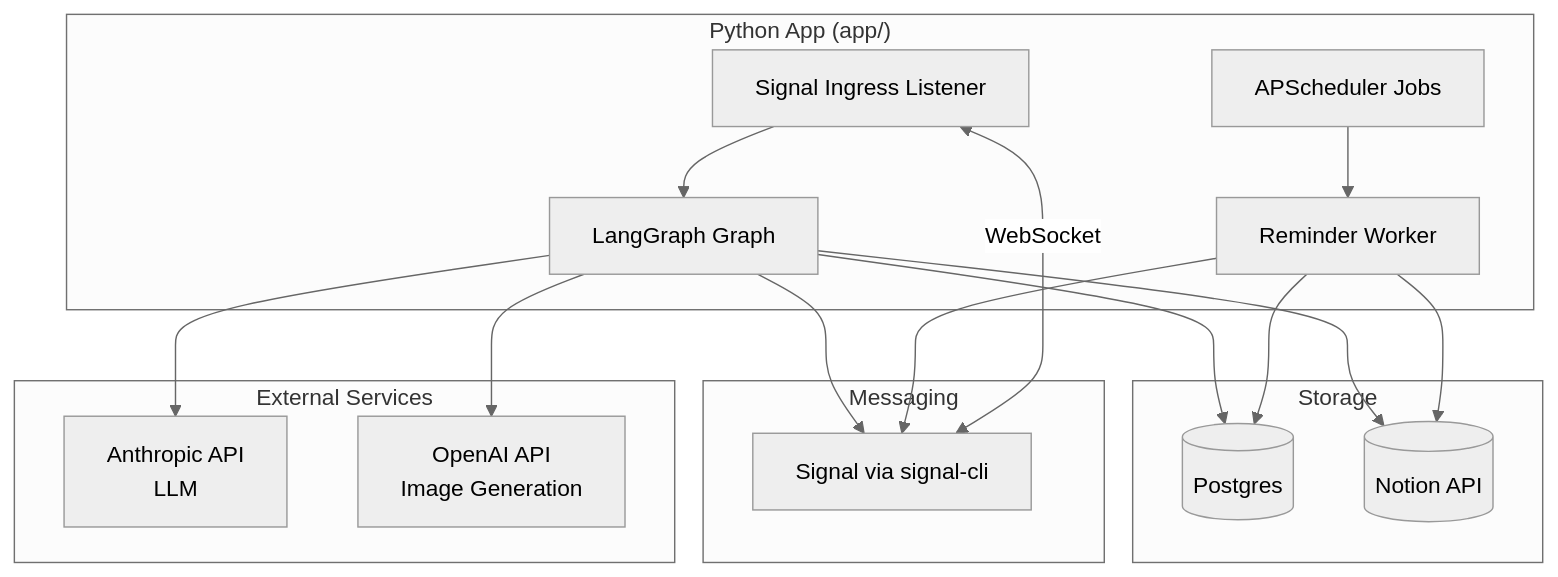
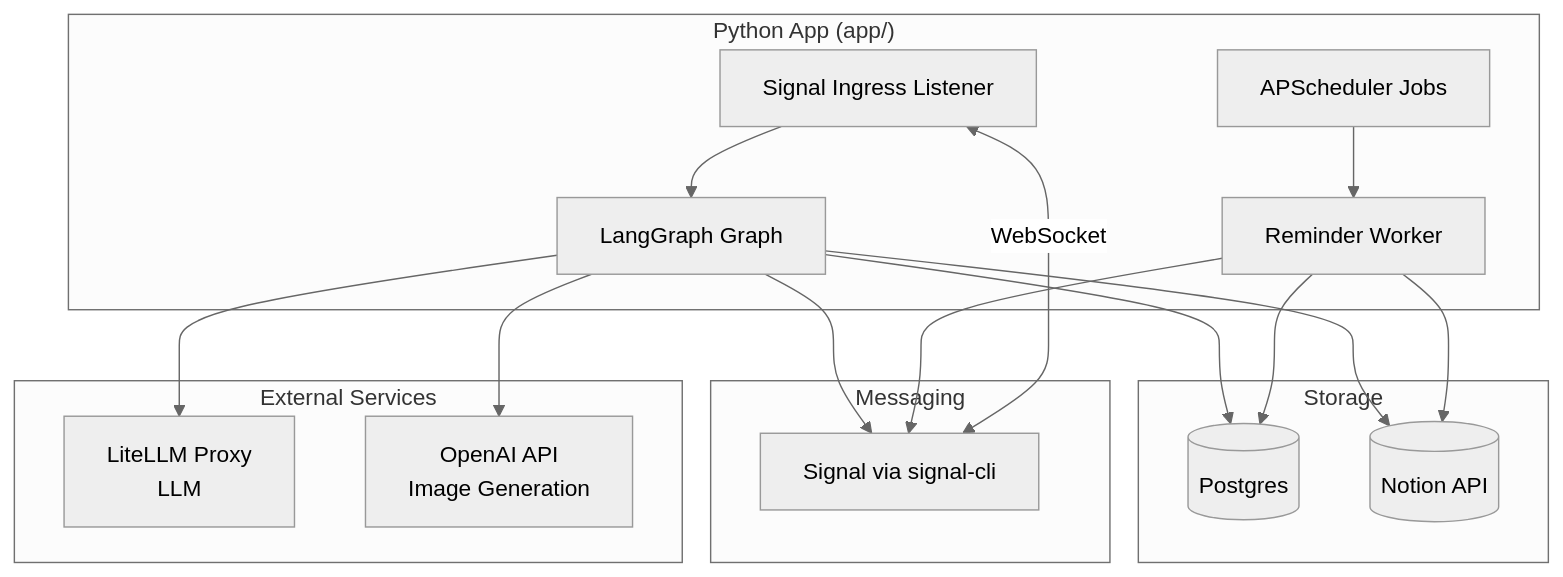
The diagram in docs/architecture.md (NickBorgersProbably/hide-my-list), drawn with Mermaid (neutral theme) before and after one commit. The commit also changed other lines of this file and 5 other files, not shown here.

````diff
--- a/docs/architecture.md
+++ b/docs/architecture.md
@@ -31,37 +31,37 @@
 ```mermaid
 flowchart TB
     subgraph App["Python App (app/)"]
         Ingress[Signal Ingress Listener]
         Graph[LangGraph Graph]
         Scheduler[APScheduler Jobs]
         Worker[Reminder Worker]
     end
 
     subgraph Storage["Storage"]
         Postgres[(Postgres)]
         Notion[(Notion API)]
     end
 
     subgraph Messaging["Messaging"]
         Signal[Signal via signal-cli]
     end
 
     subgraph External["External Services"]
-        Anthropic[Anthropic API<br/>LLM]
+        LiteLLM[LiteLLM Proxy<br/>LLM]
         OpenAI[OpenAI API<br/>Image Generation]
     end
 
     Signal <-->|WebSocket| Ingress
     Ingress --> Graph
     Graph --> Notion
     Graph --> Postgres
     Graph --> Signal
 
     Scheduler --> Worker
     Worker --> Postgres
     Worker --> Signal
     Worker --> Notion
 
-    Graph --> Anthropic
+    Graph --> LiteLLM
     Graph --> OpenAI
 ```
````
